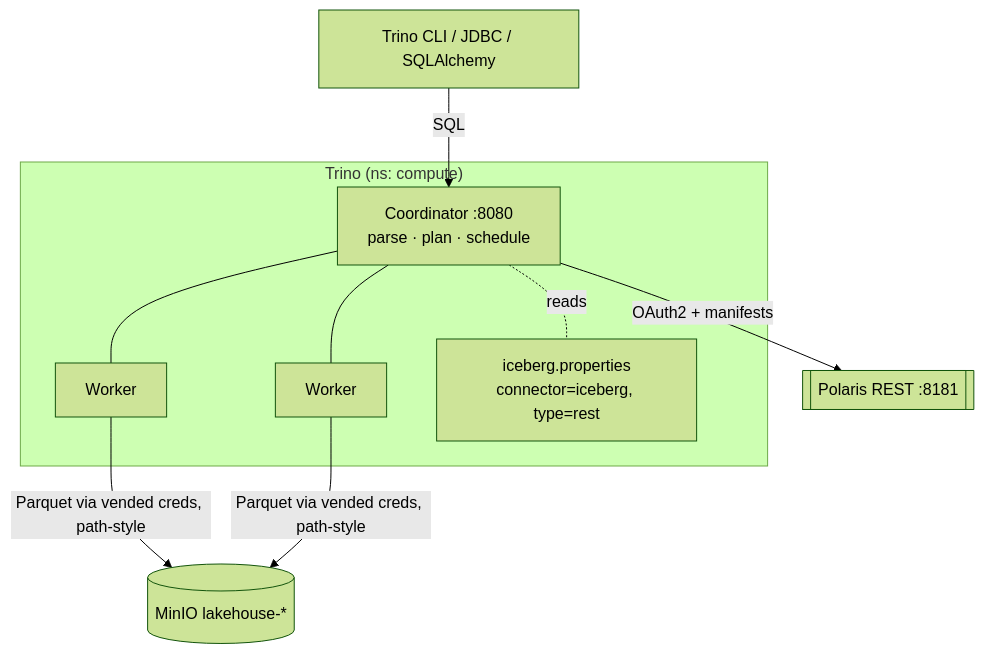
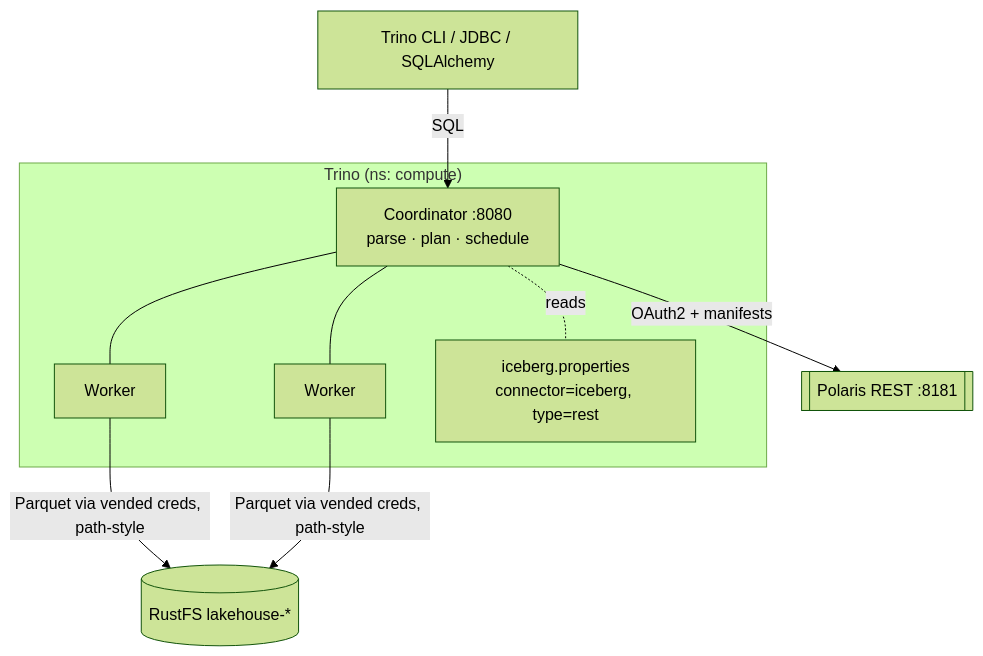
One commit to christiannarbon/open-iceberg-stack changed the first of 2 diagrams in docs/tech/lld/05-compute-engine.md. Above: the diagram before and after it, drawn with Mermaid (forest theme). The commit also changed other lines of this file, not shown here.

Commit message:
replace query processor to reflect persistence as rustfs

````diff
--- a/docs/tech/lld/05-compute-engine.md
+++ b/docs/tech/lld/05-compute-engine.md
@@ -16,18 +16,18 @@
 ```mermaid
 flowchart TB
     subgraph trino["Trino (ns: compute)"]
         coord[Coordinator :8080<br/>parse · plan · schedule]
         w1[Worker]
         w2[Worker]
         cat[iceberg.properties<br/>connector=iceberg, type=rest]
         coord --- w1
         coord --- w2
         coord -.reads.- cat
     end
     polaris[[Polaris REST :8181]]
-    minio[(MinIO lakehouse-*)]
+    rustfs[(RustFS lakehouse-*)]
     cli[Trino CLI / JDBC / SQLAlchemy]
     cli -->|SQL| coord
     coord -->|OAuth2 + manifests| polaris
-    w1 & w2 -->|Parquet via vended creds, path-style| minio
+    w1 & w2 -->|Parquet via vended creds, path-style| rustfs
 ```
````
